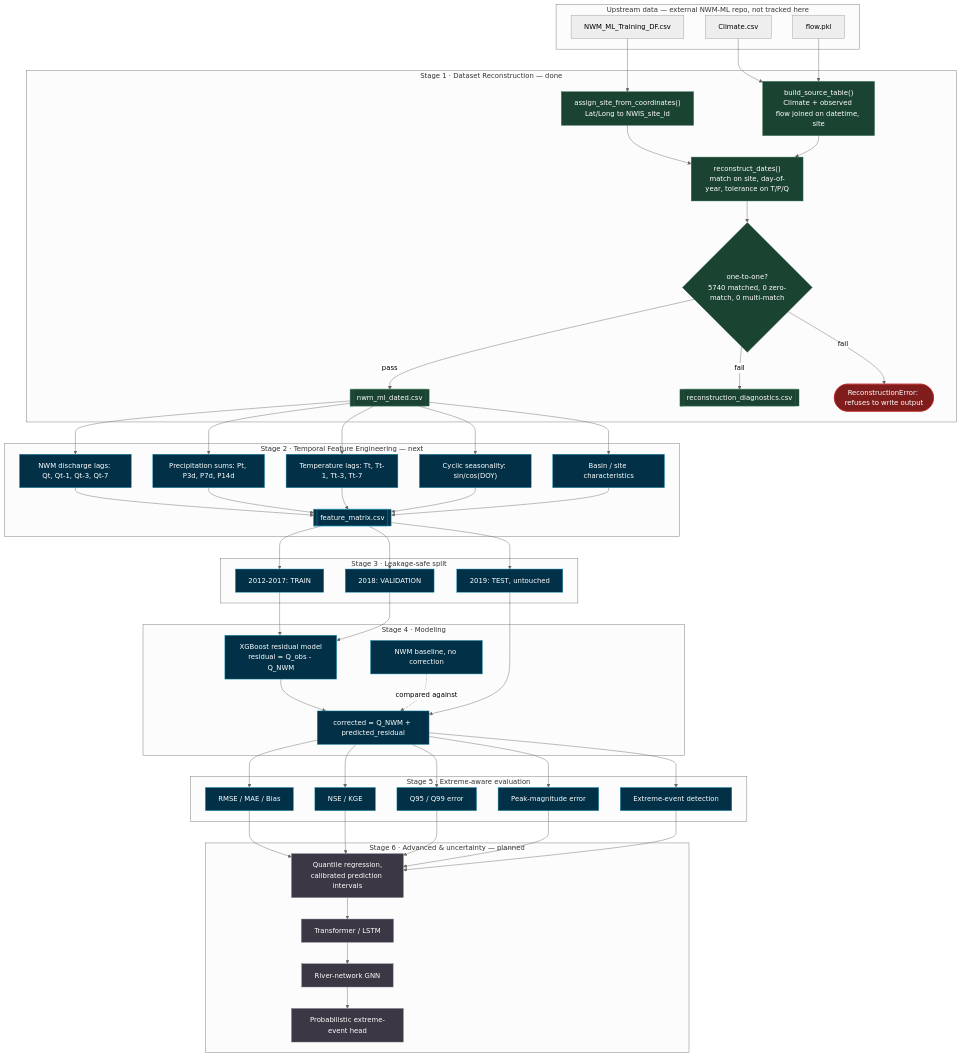
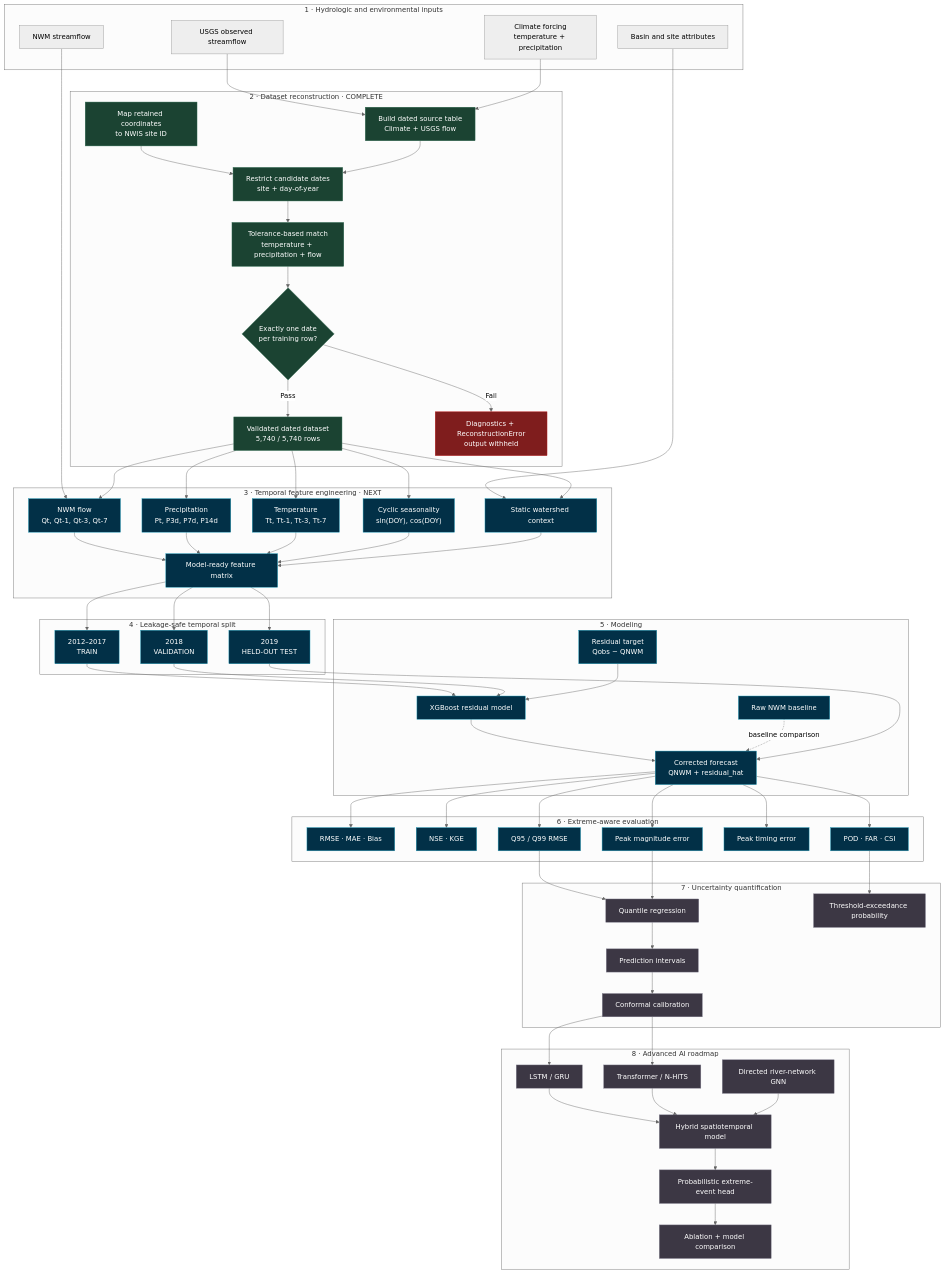
One commit to mtariqi/HYDRO-FLOW-AI changed the first of 3 diagrams in README.md. Above: the diagram before and after it, drawn with Mermaid (neutral theme). The commit also changed other lines of this file, not shown here.

````diff
--- a/README.md
+++ b/README.md
@@ -101,110 +103,134 @@
 ```mermaid
 flowchart TD
-    subgraph UP["Upstream data — external NWM-ML repo, not tracked here"]
-        A1["NWM_ML_Training_DF.csv"]
-        A2["Climate.csv"]
-        A3["flow.pkl"]
+
+    subgraph INPUTS["1 · Hydrologic and environmental inputs"]
+        A1["USGS observed streamflow"]
+        A2["Climate forcing<br/>temperature + precipitation"]
+        A3["NWM streamflow"]
+        A4["Basin and site attributes"]
     end
 
-    subgraph S1["Stage 1 · Dataset Reconstruction — done"]
-        B1["assign_site_from_coordinates()<br/>Lat/Long to NWIS_site_id"]
-        B2["build_source_table()<br/>Climate + observed flow joined on datetime, site"]
-        B3["reconstruct_dates()<br/>match on site, day-of-year, tolerance on T/P/Q"]
-        B4{"one-to-one?<br/>5740 matched, 0 zero-match, 0 multi-match"}
-        B5[["nwm_ml_dated.csv"]]
-        B6[["reconstruction_diagnostics.csv"]]
-        B7(["ReconstructionError: refuses to write output"])
+    subgraph RECON["2 · Dataset reconstruction · COMPLETE"]
+        B1["Map retained coordinates<br/>to NWIS site ID"]
+        B2["Build dated source table<br/>Climate + USGS flow"]
+        B3["Restrict candidate dates<br/>site + day-of-year"]
+        B4["Tolerance-based match<br/>temperature + precipitation + flow"]
+        B5{"Exactly one date<br/>per training row?"}
+        B6["Validated dated dataset<br/>5,740 / 5,740 rows"]
+        B7["Diagnostics + ReconstructionError<br/>output withheld"]
     end
 
-    A1 --> B1
+    subgraph FEATURES["3 · Temporal feature engineering · NEXT"]
+        C1["NWM flow<br/>Qt, Qt-1, Qt-3, Qt-7"]
+        C2["Precipitation<br/>Pt, P3d, P7d, P14d"]
+        C3["Temperature<br/>Tt, Tt-1, Tt-3, Tt-7"]
+        C4["Cyclic seasonality<br/>sin(DOY), cos(DOY)"]
+        C5["Static watershed context"]
+        C6["Model-ready feature matrix"]
+    end
+
+    subgraph SPLIT["4 · Leakage-safe temporal split"]
+        D1["2012–2017<br/>TRAIN"]
+        D2["2018<br/>VALIDATION"]
+        D3["2019<br/>HELD-OUT TEST"]
+    end
+
+    subgraph MODEL["5 · Modeling"]
+        E1["Raw NWM baseline"]
+        E2["Residual target<br/>Qobs − QNWM"]
+        E3["XGBoost residual model"]
+        E4["Corrected forecast<br/>QNWM + residual_hat"]
+    end
+
+    subgraph EVAL["6 · Extreme-aware evaluation"]
+        F1["RMSE · MAE · Bias"]
+        F2["NSE · KGE"]
+        F3["Q95 / Q99 RMSE"]
+        F4["Peak magnitude error"]
+        F5["Peak timing error"]
+        F6["POD · FAR · CSI"]
+    end
+
+    subgraph UQ["7 · Uncertainty quantification"]
+        G1["Quantile regression"]
+        G2["Prediction intervals"]
+        G3["Conformal calibration"]
+        G4["Threshold-exceedance probability"]
+    end
+
+    subgraph ADV["8 · Advanced AI roadmap"]
+        H1["LSTM / GRU"]
+        H2["Transformer / N-HiTS"]
+        H3["Directed river-network GNN"]
+        H4["Hybrid spatiotemporal model"]
+        H5["Probabilistic extreme-event head"]
+        H6["Ablation + model comparison"]
+    end
+
+    A1 --> B2
+    A2 --> B2
+    A3 --> C1
+    A4 --> C5
+
     B1 --> B3
-    A2 --> B2
-    A3 --> B2
     B2 --> B3
     B3 --> B4
-    B4 -->|pass| B5
-    B4 -->|fail| B6
-    B4 -->|fail| B7
+    B4 --> B5
 
-    subgraph S2["Stage 2 · Temporal Feature Engineering — next"]
-        C1["NWM discharge lags: Qt, Qt-1, Qt-3, Qt-7"]
-        C2["Precipitation sums: Pt, P3d, P7d, P14d"]
-        C3["Temperature lags: Tt, Tt-1, Tt-3, Tt-7"]
-        C4["Cyclic seasonality: sin/cos(DOY)"]
-        C5["Basin / site characteristics"]
-        C6[["feature_matrix.csv"]]
-    end
+    B5 -->|Pass| B6
+    B5 -->|Fail| B7
 
-    B5 --> C1
-    B5 --> C2
-    B5 --> C3
-    B5 --> C4
-    B5 --> C5
+    B6 --> C1
+    B6 --> C2
+    B6 --> C3
+    B6 --> C4
+    B6 --> C5
+
     C1 --> C6
     C2 --> C6
     C3 --> C6
     C4 --> C6
     C5 --> C6
 
-    subgraph S3["Stage 3 · Leakage-safe split"]
-        D1["2012-2017: TRAIN"]
-        D2["2018: VALIDATION"]
-        D3["2019: TEST, untouched"]
-    end
-
     C6 --> D1
     C6 --> D2
     C6 --> D3
 
-    subgraph S4["Stage 4 · Modeling"]
-        E1["NWM baseline, no correction"]
-        E2["XGBoost residual model<br/>residual = Q_obs - Q_NWM"]
-        E3["corrected = Q_NWM + predicted_residual"]
-    end
+    D1 --> E3
+    D2 --> E3
+    E2 --> E3
+    E3 --> E4
+    E1 -. baseline comparison .-> E4
 
-    D1 --> E2
-    D2 --> E2
-    E2 --> E3
-    E1 -. compared against .-> E3
+    D3 --> E4
+    E4 --> F1
+    E4 --> F2
+    E4 --> F3
+    E4 --> F4
+    E4 --> F5
+    E4 --> F6
 
-    subgraph S5["Stage 5 · Extreme-aware evaluation"]
-        F1["RMSE / MAE / Bias"]
-        F2["NSE / KGE"]
-        F3["Q95 / Q99 error"]
-        F4["Peak-magnitude error"]
-        F5["Extreme-event detection"]
-    end
-
-    D3 --> E3
-    E3 --> F1
-    E3 --> F2
-    E3 --> F3
-    E3 --> F4
-    E3 --> F5
-
-    subgraph S6["Stage 6 · Advanced & uncertainty — planned"]
-        G1["Quantile regression,<br/>calibrated prediction intervals"]
-        G2["Transformer / LSTM"]
-        G3["River-network GNN"]
-        G4["Probabilistic extreme-event head"]
-    end
-
-    F1 --> G1
-    F2 --> G1
     F3 --> G1
     F4 --> G1
-    F5 --> G1
+    F6 --> G4
     G1 --> G2
     G2 --> G3
-    G3 --> G4
 
-    classDef done fill:#1b4332,stroke:#2d6a4f,color:#ffffff
-    classDef next fill:#023047,stroke:#219ebc,color:#ffffff
-    classDef planned fill:#3c3744,stroke:#7a7788,color:#ffffff
-    classDef fail fill:#7f1d1d,stroke:#b91c1c,color:#ffffff
+    G3 --> H1
+    G3 --> H2
+    H1 --> H4
+    H2 --> H4
+    H3 --> H4
+    H4 --> H5
+    H5 --> H6
 
-    class B1,B2,B3,B4,B5,B6 done
-    class B7 fail
-    class C1,C2,C3,C4,C5,C6,D1,D2,D3,E1,E2,E3,F1,F2,F3,F4,F5 next
-    class G1,G2,G3,G4 planned
+    classDef complete fill:#1b4332,stroke:#2d6a4f,color:#ffffff;
+    classDef active fill:#023047,stroke:#219ebc,color:#ffffff;
+    classDef planned fill:#3c3744,stroke:#7a7788,color:#ffffff;
+    classDef failure fill:#7f1d1d,stroke:#b91c1c,color:#ffffff;
+
+    class B1,B2,B3,B4,B5,B6 complete;
+    class B7 failure;
+    class C1,C2,C3,C4,C5,C6,D1,D2,D3,E1,E2,E3,E4,F1,F2,F3,F4,F5,F6 active;
+    class G1,G2,G3,G4,H1,H2,H3,H4,H5,H6 planned;
 ```
````
